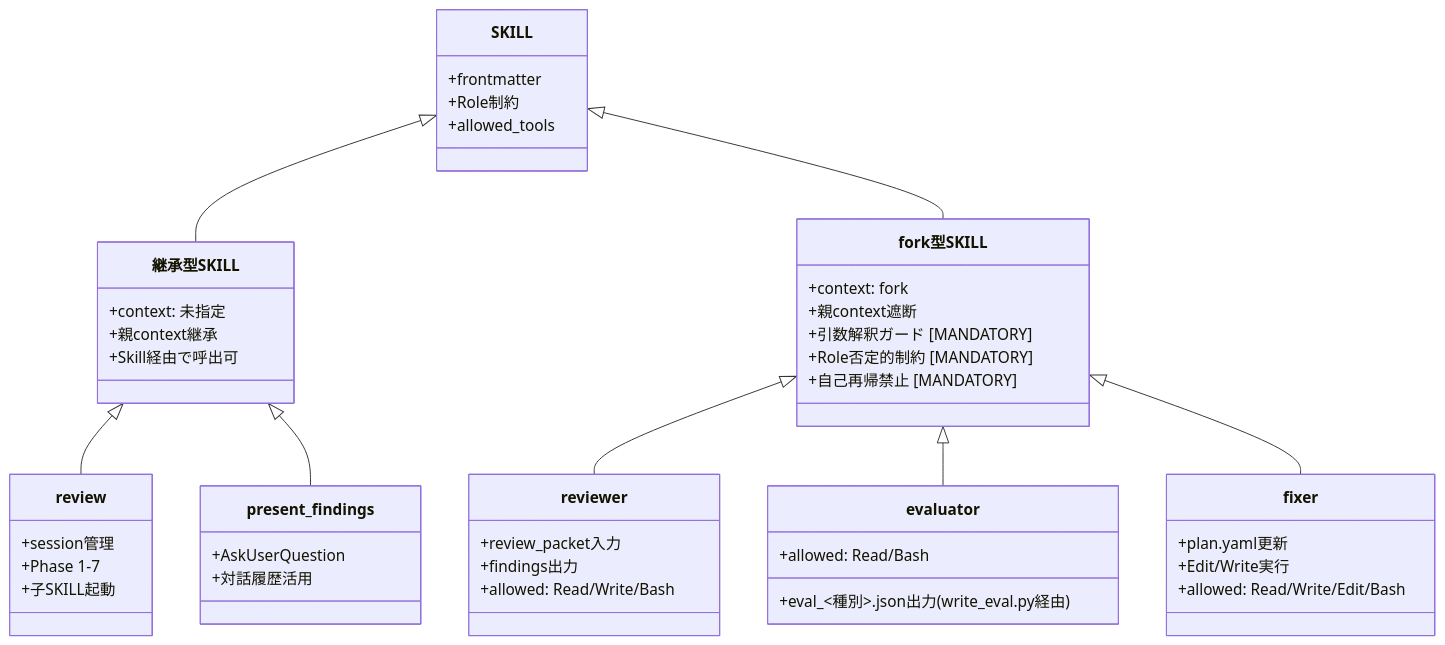
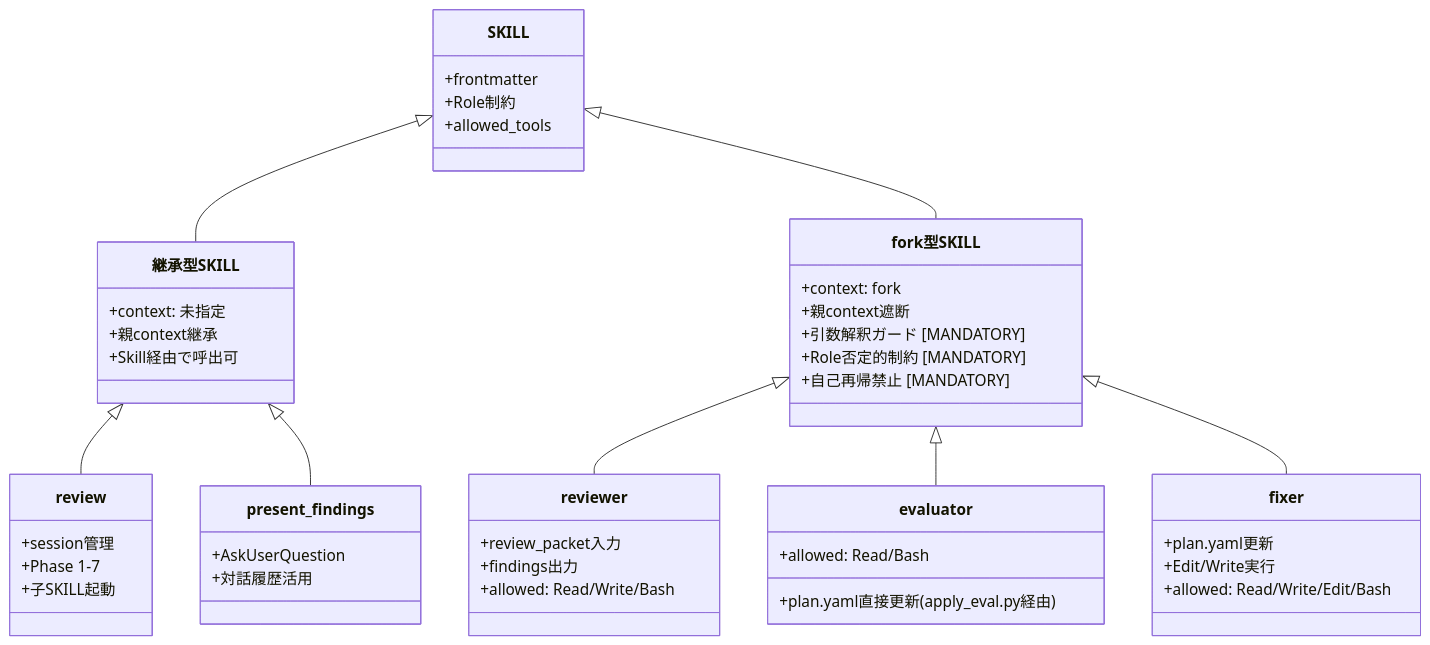
The second of 4 diagrams in docs/specs/forge/design/DES-029_skill_agent_launch_contract_design.md (BlueEventHorizon/bw-cc-plugins), drawn with Mermaid before and after one commit. The commit also changed other lines of this file and 12 other files, not shown here.

First line of the commit message:
feat: evaluator の eval 中間ファイルを廃止し apply_eval.py で plan.yaml を直接更新 (Issue #103)

````diff
--- a/docs/specs/forge/design/DES-029_skill_agent_launch_contract_design.md
+++ b/docs/specs/forge/design/DES-029_skill_agent_launch_contract_design.md
@@ -129,58 +129,58 @@
 ```mermaid
 classDiagram
     class SKILL {
         +frontmatter
         +Role制約
         +allowed_tools
     }
 
     class 継承型SKILL {
         +context: 未指定
         +親context継承
         +Skill経由で呼出可
     }
 
     class fork型SKILL {
         +context: fork
         +親context遮断
         +引数解釈ガード [MANDATORY]
         +Role否定的制約 [MANDATORY]
         +自己再帰禁止 [MANDATORY]
     }
 
     class review {
         +session管理
         +Phase 1-7
         +子SKILL起動
     }
 
     class present_findings {
         +AskUserQuestion
         +対話履歴活用
     }
 
     class reviewer {
         +review_packet入力
         +findings出力
         +allowed: Read/Write/Bash
     }
 
     class evaluator {
-        +eval_<種別>.json出力(write_eval.py経由)
+        +plan.yaml直接更新(apply_eval.py経由)
         +allowed: Read/Bash
     }
 
     class fixer {
         +plan.yaml更新
         +Edit/Write実行
         +allowed: Read/Write/Edit/Bash
     }
 
     SKILL <|-- 継承型SKILL
     SKILL <|-- fork型SKILL
     継承型SKILL <|-- review
     継承型SKILL <|-- present_findings
     fork型SKILL <|-- reviewer
     fork型SKILL <|-- evaluator
     fork型SKILL <|-- fixer
 ```
````
